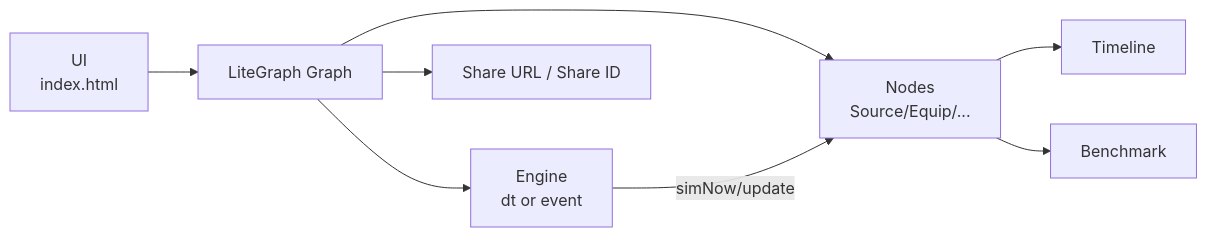
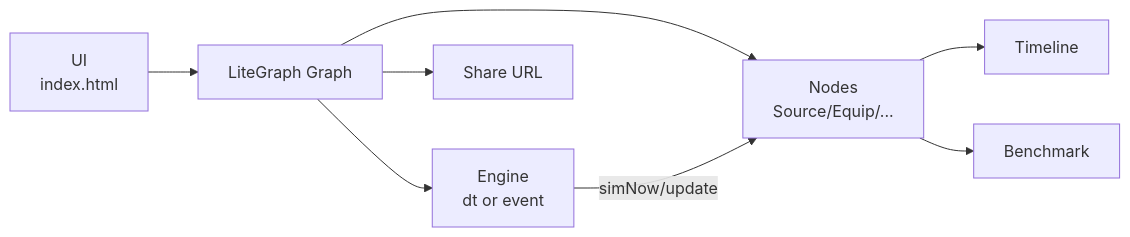
One commit to suzuking001/fact_sim changed the first of 5 diagrams in docs/research.md. Above: the diagram before and after it, drawn with Mermaid. The commit also changed other lines of this file and 5 other files, not shown here.

````diff
--- a/docs/research.md
+++ b/docs/research.md
@@ -32,10 +32,10 @@
 ```mermaid
 flowchart LR
   UI[UI<br/>index.html] --> G[LiteGraph Graph]
   G --> N[Nodes<br/>Source/Equip/...]
   G --> E[Engine<br/>dt or event]
   E -->|simNow/update| N
   N --> T[Timeline]
   N --> B[Benchmark]
-  G --> S[Share URL / Share ID]
+  G --> S[Share URL]
 ```
````
